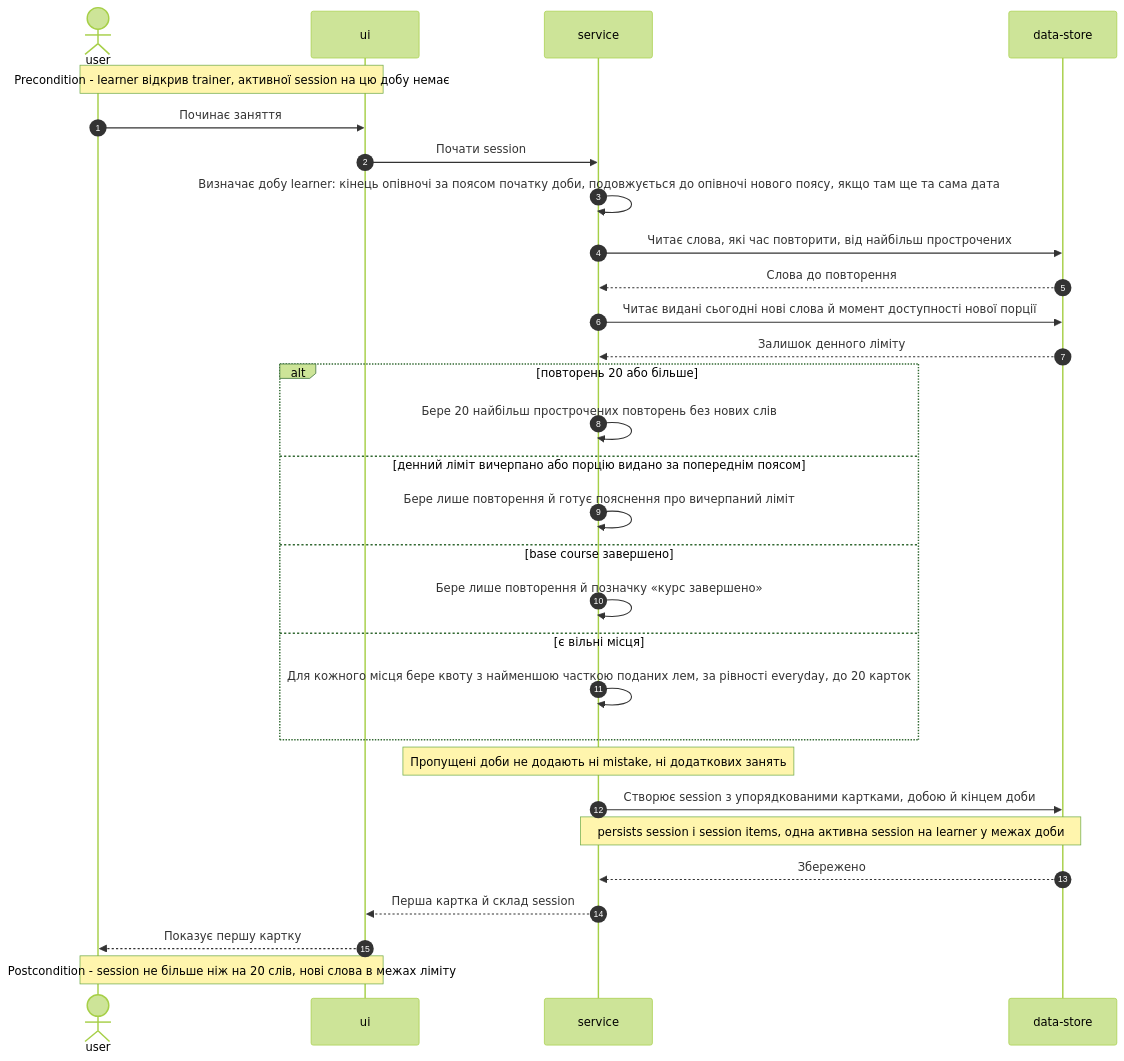
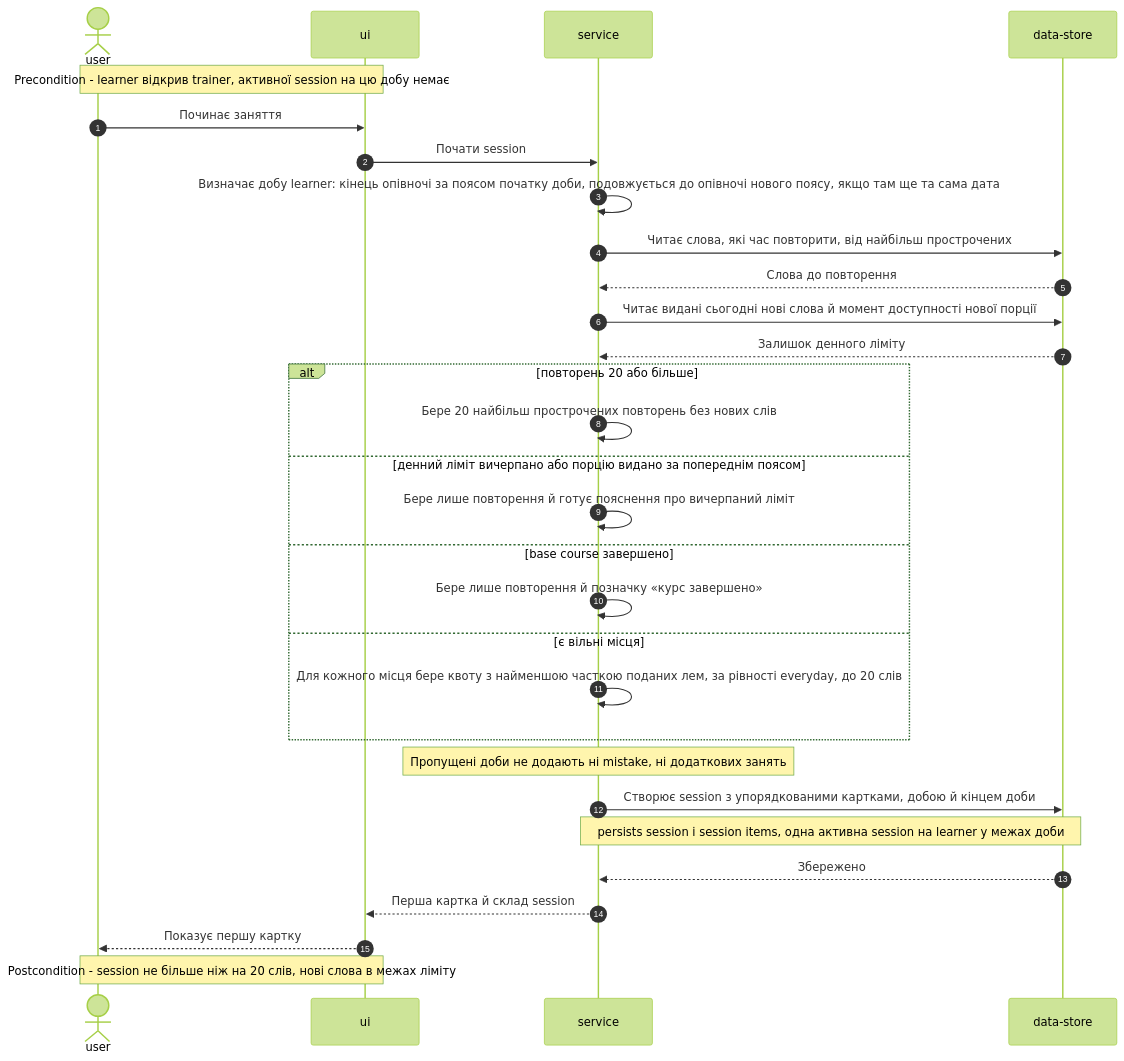
Before and after one commit to HeliosPersonal/constant-learning: the sixth of 18 diagrams in docs/features/personal-trainer-mvp/sad.md, drawn with Mermaid (forest theme). The commit also changed 7 other files, not shown here.

````diff
--- a/docs/features/personal-trainer-mvp/sad.md
+++ b/docs/features/personal-trainer-mvp/sad.md
@@ -257,33 +257,33 @@
 ```mermaid
 sequenceDiagram
     autonumber
     actor U as user
     participant UI as ui
     participant S as service
     participant D as data-store
 
     Note over U,UI: Precondition - learner відкрив trainer, активної session на цю добу немає
     U->>UI: Починає заняття
     UI->>S: Почати session
     S->>S: Визначає добу learner: кінець опівночі за поясом початку доби, подовжується до опівночі нового поясу, якщо там ще та сама дата
     S->>D: Читає слова, які час повторити, від найбільш прострочених
     D-->>S: Слова до повторення
     S->>D: Читає видані сьогодні нові слова й момент доступності нової порції
     D-->>S: Залишок денного ліміту
     alt повторень 20 або більше
         S->>S: Бере 20 найбільш прострочених повторень без нових слів
     else денний ліміт вичерпано або порцію видано за попереднім поясом
         S->>S: Бере лише повторення й готує пояснення про вичерпаний ліміт
     else base course завершено
         S->>S: Бере лише повторення й позначку «курс завершено»
     else є вільні місця
-        S->>S: Для кожного місця бере квоту з найменшою часткою поданих лем, за рівності everyday, до 20 карток
+        S->>S: Для кожного місця бере квоту з найменшою часткою поданих лем, за рівності everyday, до 20 слів
     end
     Note over S: Пропущені доби не додають ні mistake, ні додаткових занять
     S->>D: Створює session з упорядкованими картками, добою й кінцем доби
     Note over S,D: persists session і session items, одна активна session на learner у межах доби
     D-->>S: Збережено
     S-->>UI: Перша картка й склад session
     UI-->>U: Показує першу картку
     Note over U,UI: Postcondition - session не більше ніж на 20 слів, нові слова в межах ліміту
 ```
````
